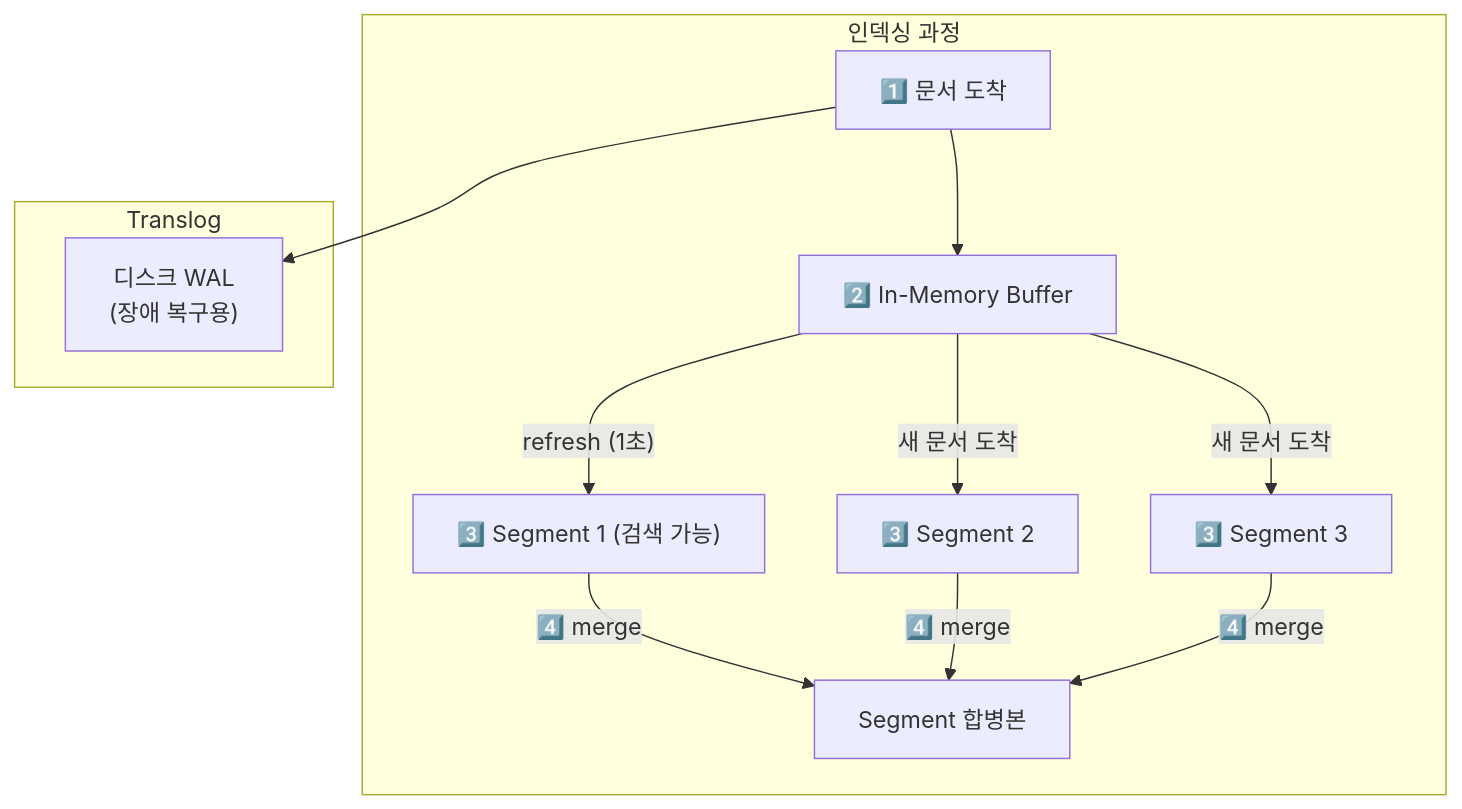
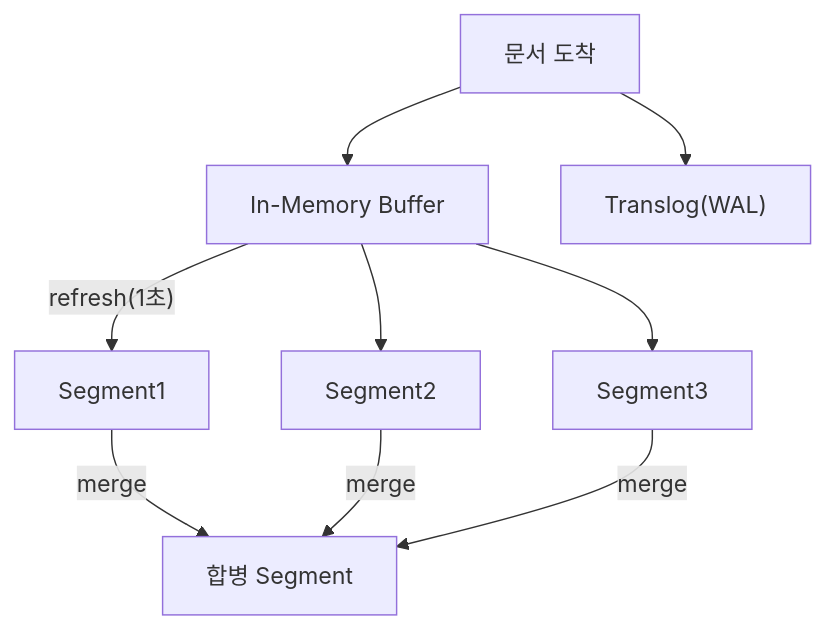
Before and after one commit to yjkim2015/yjkim2015.github.io: the second of 7 diagrams in _posts/nosql/2026-05-03-elasticsearch-deep.md, drawn with Mermaid. The commit also changed other lines of this file and 215 other files, not shown here.

First line of the commit message:
신규 포스트 10개 추가 + Mermaid 전면 축소 + SystemDesign 시리즈 보강

````diff
--- a/_posts/nosql/2026-05-03-elasticsearch-deep.md
+++ b/_posts/nosql/2026-05-03-elasticsearch-deep.md
@@ -82,16 +62,8 @@
 ```mermaid
 flowchart TD
-    subgraph "인덱싱 과정"
-        W["1️⃣ 문서 도착"] --> BUF["2️⃣ In-Memory Buffer"]
-        BUF --> |"refresh (1초)"| SEG1["3️⃣ Segment 1 (검색 가능)"]
-        BUF --> |"새 문서 도착"| SEG2["3️⃣ Segment 2"]
-        BUF --> |"새 문서 도착"| SEG3["3️⃣ Segment 3"]
-        SEG1 --> |"4️⃣ merge"| MERGED["Segment 합병본"]
-        SEG2 --> |"4️⃣ merge"| MERGED
-        SEG3 --> |"4️⃣ merge"| MERGED
-    end
-    subgraph "Translog"
-        TL["디스크 WAL\n(장애 복구용)"]
-    end
-    W --> TL
+    W["문서 도착"] --> BUF["In-Memory Buffer"]
+    W --> TL["Translog(WAL)"]
+    BUF -->|"refresh(1초)"| SEG1["Segment1"]
+    BUF --> SEG2["Segment2"] & SEG3["Segment3"]
+    SEG1 & SEG2 & SEG3 -->|"merge"| MERGED["합병 Segment"]
 ```
````
